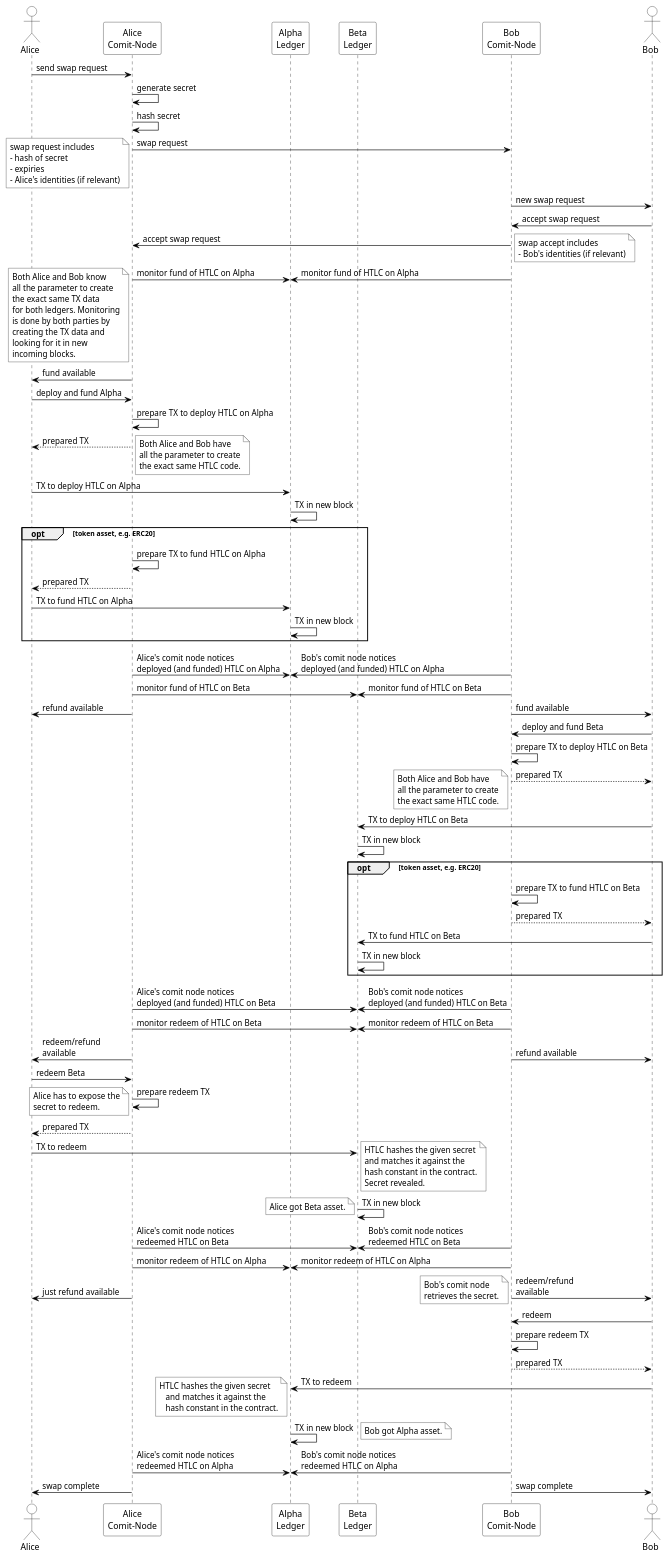
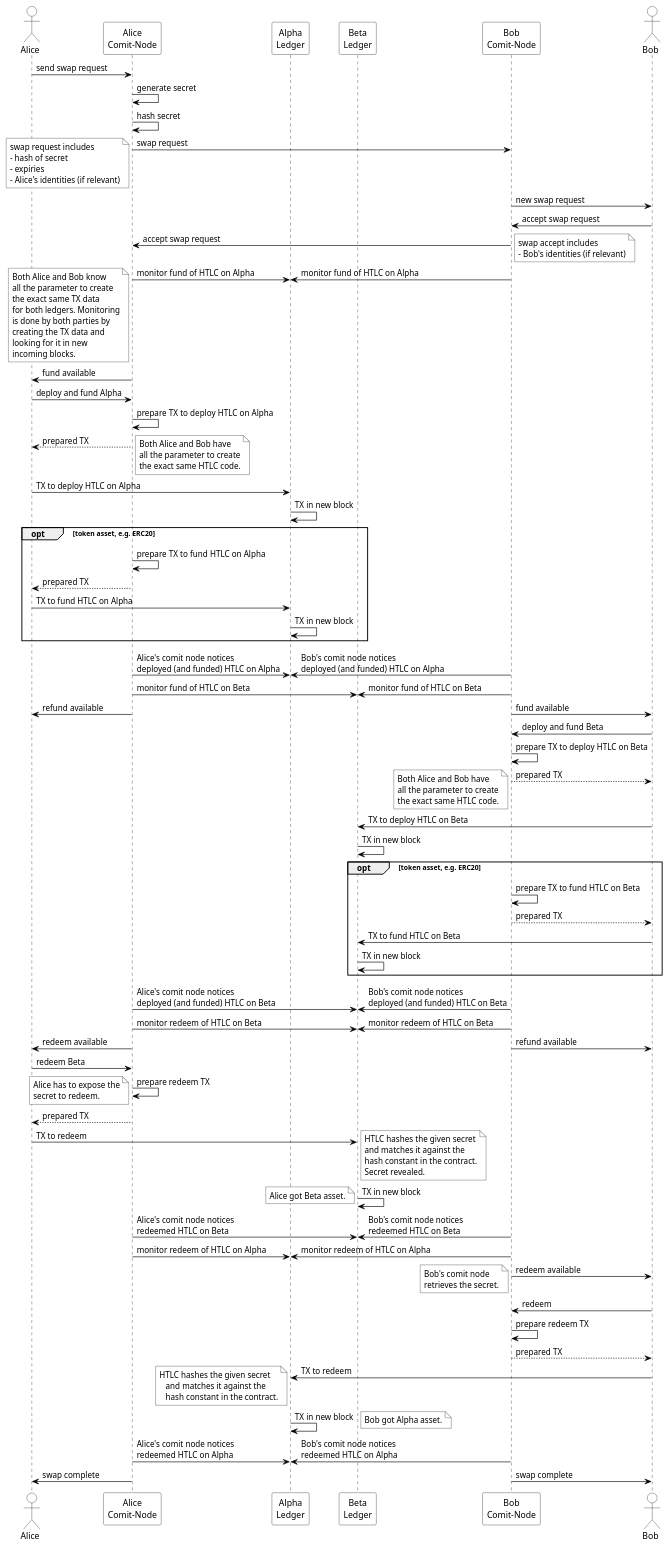
One commit to comit-network/RFCs changed the diagram in assets/RFC003-AlphaBeta-AtomicSwap.puml. Above: the diagram before and after it, drawn with PlantUML. The commit also changed 1 other file, not shown here.

Commit message:
more abstract sequence diagram
* depict success scenario more abstract without comit-i impl details
* add description that explains that diagram depicts success scenario

```diff
--- a/assets/RFC003-AlphaBeta-AtomicSwap.puml
+++ b/assets/RFC003-AlphaBeta-AtomicSwap.puml
@@ -4,155 +4,154 @@
 @startuml
 ' #################################################
 ' SETTINGS: color settings of diagram
 ' #################################################
 skinparam sequence {
 	BorderColor black
 	ArrowColor black
 	ActorBorderColor black
 	LifeLineBorderColor black
 	LifeLineBackgroundColor white
 	
 	ParticipantBorderColor black
 	ParticipantBackgroundColor white
 	ParticipantFontColor black
 	
 	ActorBackgroundColor white
 	ActorFontColor black
 }
 ' #################################################
 ' ACTORS
 ' #################################################
 actor Alice
 participant "Alice\nComit-Node" as AC
 participant "Alpha\nLedger" as Alpha
 participant "Beta\nLedger" as Beta
 participant "Bob\nComit-Node" as BC
 actor Bob
 
 ' allow parallelism
 !pragma teoz true
 
 ' #################################################
 ' DIAGRAM
 ' #################################################
 Alice->AC: send swap request
 AC->AC: generate secret
 AC->AC: hash secret
 AC->BC: swap request 
 note left #white
 	swap request includes 
 	- hash of secret 
 	- expiries
 	- Alice's identities (if relevant)
 end note
 BC->Bob: new swap request
 Bob->BC: accept swap request
 BC->AC: accept swap request
 note right #white
 	swap accept includes
 	- Bob's identities (if relevant)
 end note
 BC->Alpha: monitor fund of HTLC on Alpha
 & AC->Alpha: monitor fund of HTLC on Alpha
 note left #white
 	Both Alice and Bob know
 	all the parameter to create
 	the exact same TX data
 	for both ledgers. Monitoring
 	is done by both parties by
 	creating the TX data and
 	looking for it in new
 	incoming blocks.
 end note
 AC->Alice: fund available
 Alice->AC: deploy and fund Alpha
 AC->AC: prepare TX to deploy HTLC on Alpha
 AC-->Alice: prepared TX
 note right #white
 	Both Alice and Bob have
 	all the parameter to create
 	the exact same HTLC code.
 end note
 Alice->Alpha: TX to deploy HTLC on Alpha
 Alpha->Alpha: TX in new block
 opt token asset, e.g. ERC20
     AC->AC: prepare TX to fund HTLC on Alpha
     AC-->Alice: prepared TX
     Alice->Alpha: TX to fund HTLC on Alpha
     Alpha->Alpha: TX in new block
 end
 AC->Alpha: Alice's comit node notices\ndeployed (and funded) HTLC on Alpha
 & BC->Alpha: Bob's comit node notices\ndeployed (and funded) HTLC on Alpha
 BC->Beta: monitor fund of HTLC on Beta
 & AC->Beta: monitor fund of HTLC on Beta
 AC->Alice: refund available
 & BC->Bob: fund available
 Bob->BC: deploy and fund Beta
 BC->BC: prepare TX to deploy HTLC on Beta
 BC-->Bob: prepared TX
 note left #white
 	Both Alice and Bob have
 	all the parameter to create
 	the exact same HTLC code.
 end note
 Bob->Beta: TX to deploy HTLC on Beta
 Beta->Beta: TX in new block
 opt token asset, e.g. ERC20
     BC->BC: prepare TX to fund HTLC on Beta
     BC-->Bob: prepared TX
     Bob->Beta: TX to fund HTLC on Beta
     Beta->Beta: TX in new block
 end
 BC->Beta: Bob's comit node notices\ndeployed (and funded) HTLC on Beta
 & AC->Beta: Alice's comit node notices\ndeployed (and funded) HTLC on Beta
 BC->Beta: monitor redeem of HTLC on Beta
 & AC->Beta: monitor redeem of HTLC on Beta
 BC->Bob: refund available
-& AC->Alice: redeem/refund\navailable
+& AC->Alice: redeem available
 Alice->AC: redeem Beta
 AC->AC: prepare redeem TX
 note left #white
 	Alice has to expose the
 	secret to redeem.
 end note
 AC-->Alice: prepared TX
 Alice->Beta: TX to redeem
 note right #white
 	HTLC hashes the given secret
 	and matches it against the
 	hash constant in the contract.
 	Secret revealed.
 end note
 Beta->Beta: TX in new block
 note left #white
 	Alice got Beta asset.
 end note
 AC->Beta: Alice's comit node notices\nredeemed HTLC on Beta
 & BC->Beta: Bob's comit node notices\nredeemed HTLC on Beta
 BC->Alpha: monitor redeem of HTLC on Alpha
 & AC->Alpha: monitor redeem of HTLC on Alpha
-AC->Alice: just refund available
-& BC->Bob: redeem/refund\navailable
+BC->Bob: redeem available
 note left #white
 	Bob's comit node
 	retrieves the secret.
 end note
 Bob->BC: redeem
 BC->BC: prepare redeem TX
 BC-->Bob: prepared TX
 Bob->Alpha: TX to redeem
 note left #white
 	HTLC hashes the given secret
     and matches it against the
     hash constant in the contract.
 end note
 Alpha->Alpha: TX in new block
 note right #white
 	Bob got Alpha asset.
 end note
 AC->Alpha: Alice's comit node notices\nredeemed HTLC on Alpha
 & BC->Alpha: Bob's comit node notices\nredeemed HTLC on Alpha
 AC->Alice: swap complete
 & BC->Bob: swap complete
 
 @enduml
```
